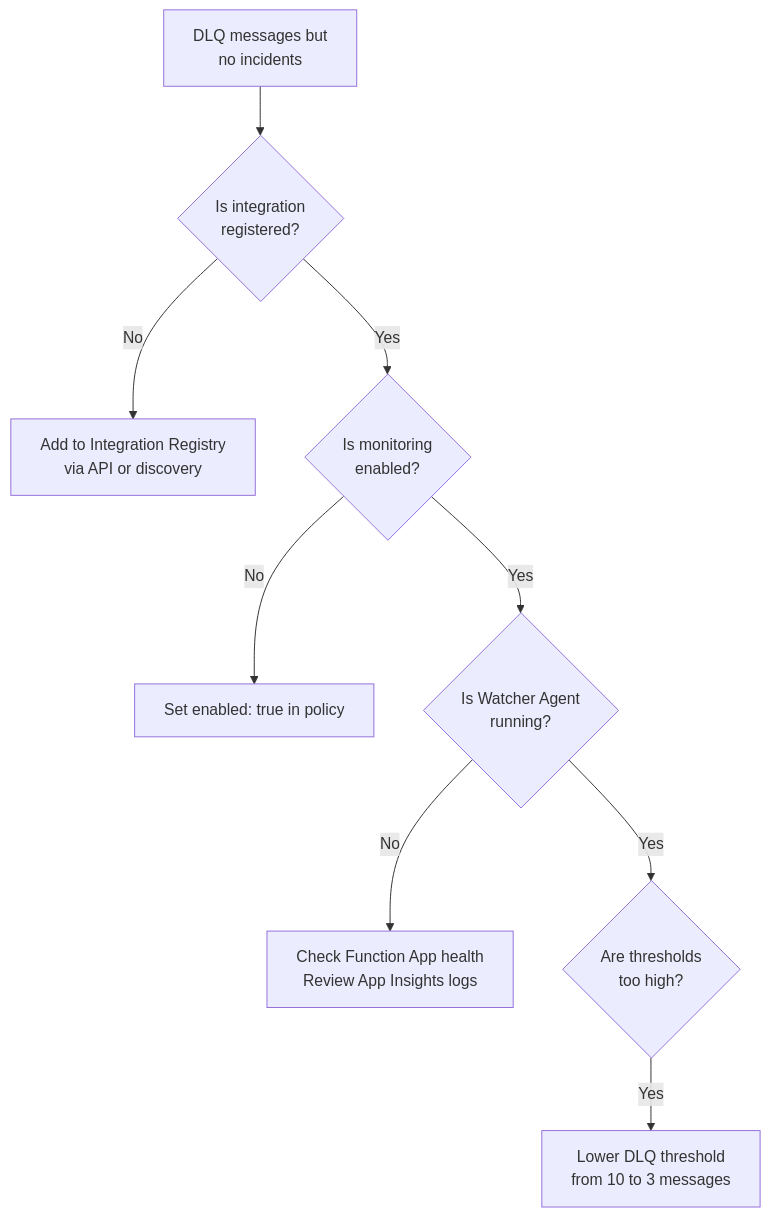
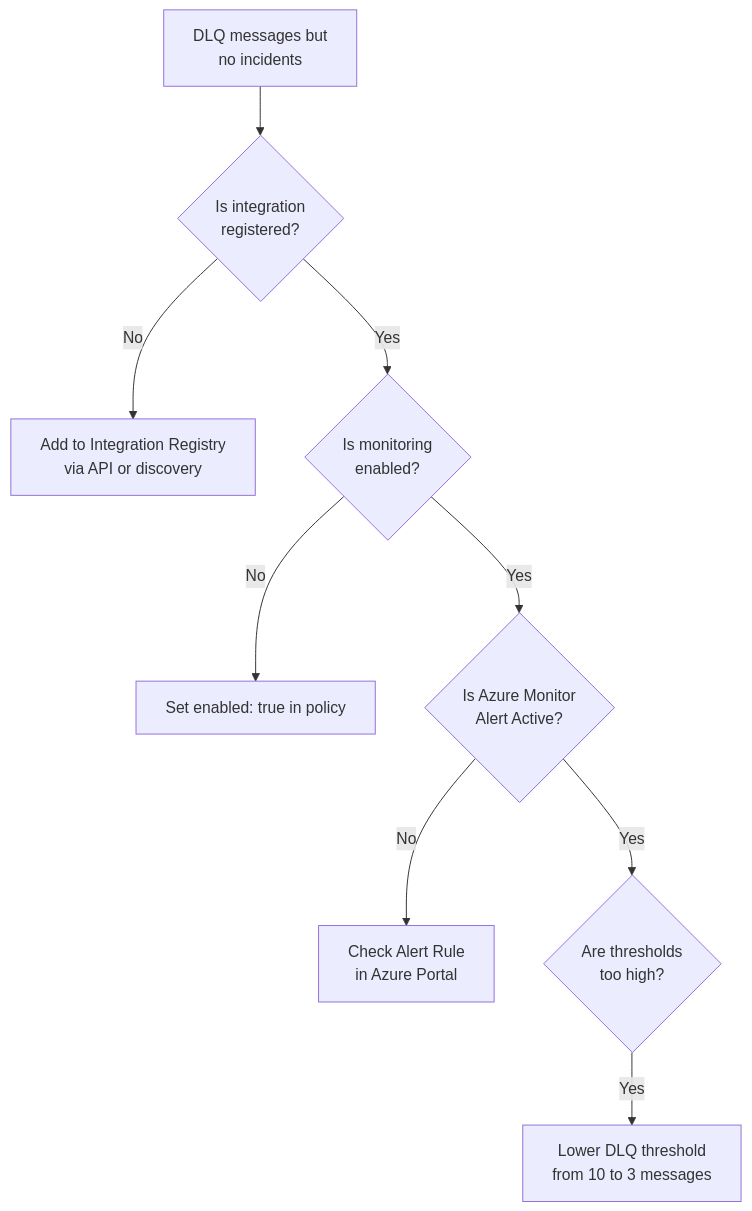
The eighth of 10 diagrams in docs/03-User-Manual.md (mayankgupta7673/Continuum-Ops), drawn with Mermaid before and after one commit. The commit also changed other lines of this file and 8 other files, not shown here.

````diff
--- a/docs/03-User-Manual.md
+++ b/docs/03-User-Manual.md
@@ -379,19 +379,19 @@
 ```mermaid
 flowchart TD
-    SYMPTOM[DLQ messages but<br/>no incidents]
+    SYMPTOM["DLQ messages but<br/>no incidents"]
     
-    SYMPTOM --> CHECK1{Is integration<br/>registered?}
-    CHECK1 -->|No| FIX1[Add to Integration Registry<br/>via API or discovery]
+    SYMPTOM --> CHECK1{"Is integration<br/>registered?"}
+    CHECK1 -->|No| FIX1["Add to Integration Registry<br/>via API or discovery"]
     CHECK1 -->|Yes| CHECK2
     
-    CHECK2{Is monitoring<br/>enabled?}
-    CHECK2 -->|No| FIX2[Set enabled: true in policy]
+    CHECK2{"Is monitoring<br/>enabled?"}
+    CHECK2 -->|No| FIX2["Set enabled: true in policy"]
     CHECK2 -->|Yes| CHECK3
     
-    CHECK3{Is Watcher Agent<br/>running?}
-    CHECK3 -->|No| FIX3[Check Function App health<br/>Review App Insights logs]
+    CHECK3{"Is Azure Monitor<br/>Alert Active?"}
+    CHECK3 -->|No| FIX3["Check Alert Rule<br/>in Azure Portal"]
     CHECK3 -->|Yes| CHECK4
     
-    CHECK4{Are thresholds<br/>too high?}
-    CHECK4 -->|Yes| FIX4[Lower DLQ threshold<br/>from 10 to 3 messages]
+    CHECK4{"Are thresholds<br/>too high?"}
+    CHECK4 -->|Yes| FIX4["Lower DLQ threshold<br/>from 10 to 3 messages"]
 ```
````
